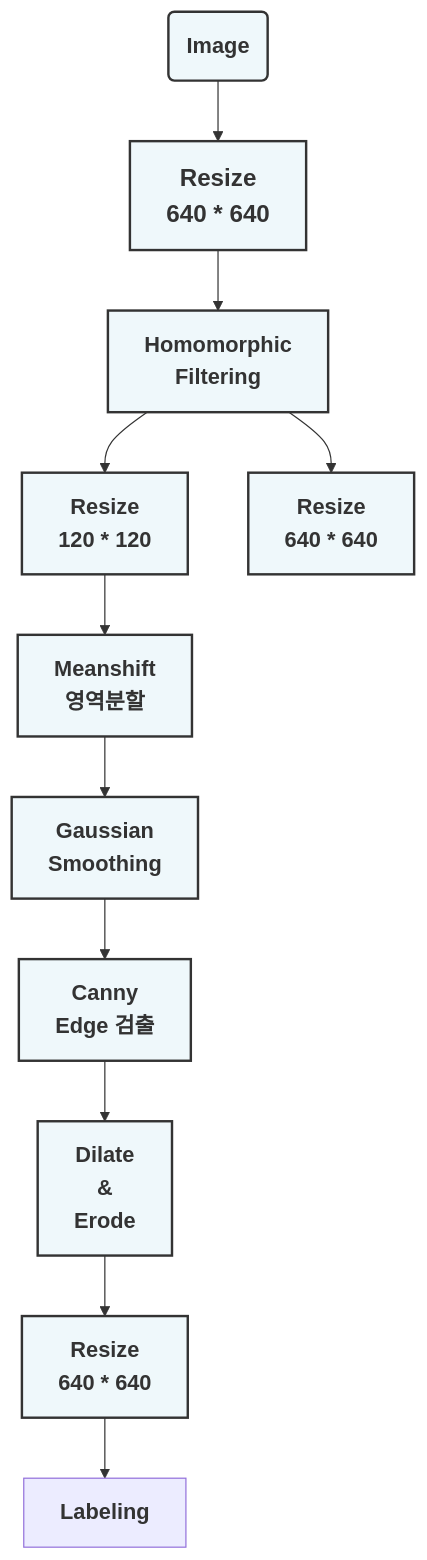
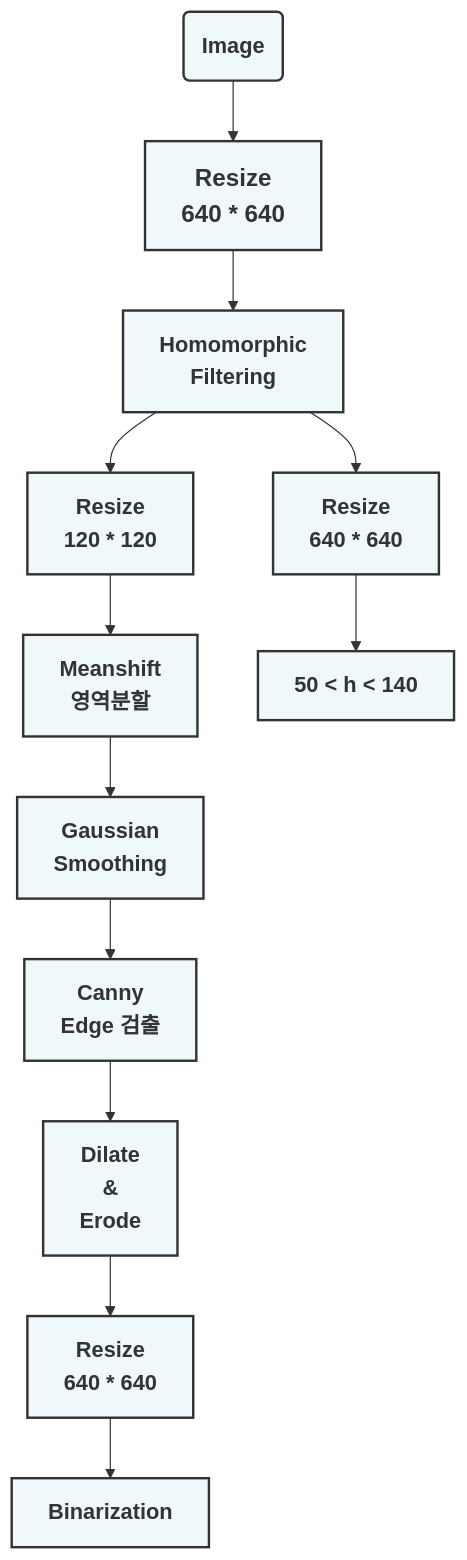
The second of 2 diagrams in Readme.md (201710808/-p), drawn with Mermaid before and after one commit.

````diff
--- a/Readme.md
+++ b/Readme.md
@@ -13,25 +13,30 @@
 ```mermaid
 graph
 A(<b><span style='font-size:18px'>Image</span></b>)-->B[<b><span style='font-size:20px'>Resize<br>640 * 640</span></b>]
 B-->C[<b><span style='font-size:18px'>Homomorphic<br>Filtering</span></b>]
 C-->D1[<b><span style='font-size:18px'>Resize<br>120 * 120</span></b>]
-D1-->E[<b><span style='font-size:18px'>Meanshift<br>영역분할</span></b>]
-E-->F[<b><span style='font-size:18px'>Gaussian<br>Smoothing</span></b>]
+D1-->E1[<b><span style='font-size:18px'>Meanshift<br>영역분할</span></b>]
+E1-->F[<b><span style='font-size:18px'>Gaussian<br>Smoothing</span></b>]
 F-->G[<b><span style='font-size:18px'>Canny<br>Edge 검출</span></b>]
 G-->H[<b><span style='font-size:18px'>Dilate<br>&<br>Erode</span></b>]
 H-->I[<b><span style='font-size:18px'>Resize<br>640 * 640</span></b>]
-I-->J[<b><span style='font-size:18px'>Labeling</span></b>]
+I-->J[<b><span style='font-size:18px'>Binarization</span></b>]
+
 C-->D2[<b><span style='font-size:18px'>Resize<br>640 * 640</span></b>]
+D2-->E2[<b><span style='font-size:18px'>50 < h < 140</span></b>]
 
 
 style A fill:#EFF8FB ,stroke:#333,stroke-width:2px
 style B fill:#EFF8FB ,stroke:#333,stroke-width:2px
 style C fill:#EFF8FB ,stroke:#333,stroke-width:2px
 style D1 fill:#EFF8FB ,stroke:#333,stroke-width:2px
-style D2 fill:#EFF8FB ,stroke:#333,stroke-width:2px
-style E fill:#EFF8FB ,stroke:#333,stroke-width:2px
+style E1 fill:#EFF8FB ,stroke:#333,stroke-width:2px
 style F fill:#EFF8FB ,stroke:#333,stroke-width:2px
 style G fill:#EFF8FB ,stroke:#333,stroke-width:2px
 style H fill:#EFF8FB ,stroke:#333,stroke-width:2px
 style I fill:#EFF8FB ,stroke:#333,stroke-width:2px
+style J fill:#EFF8FB ,stroke:#333,stroke-width:2px
+
+style D2 fill:#EFF8FB ,stroke:#333,stroke-width:2px
+style E2 fill:#EFF8FB ,stroke:#333,stroke-width:2px
 ```
````
